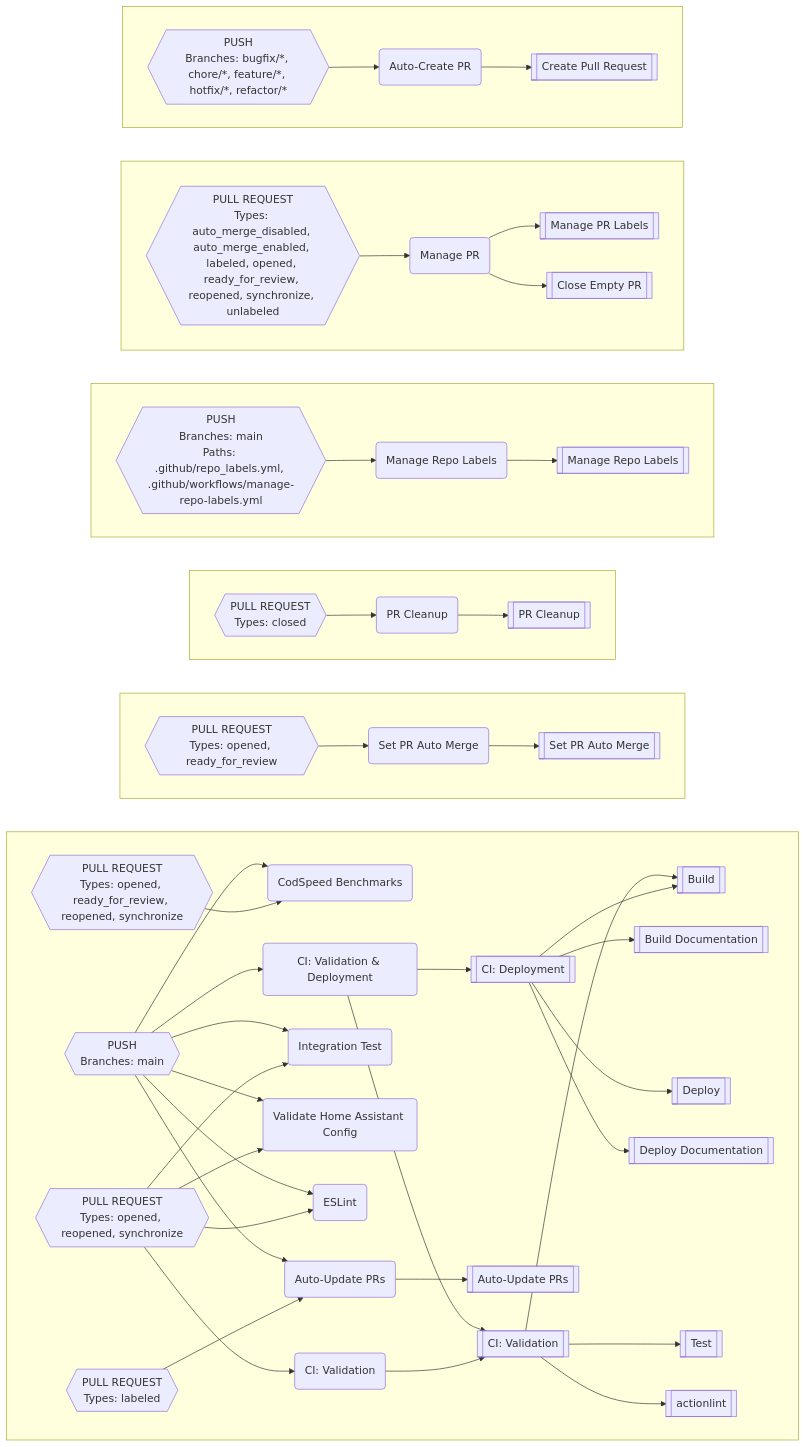
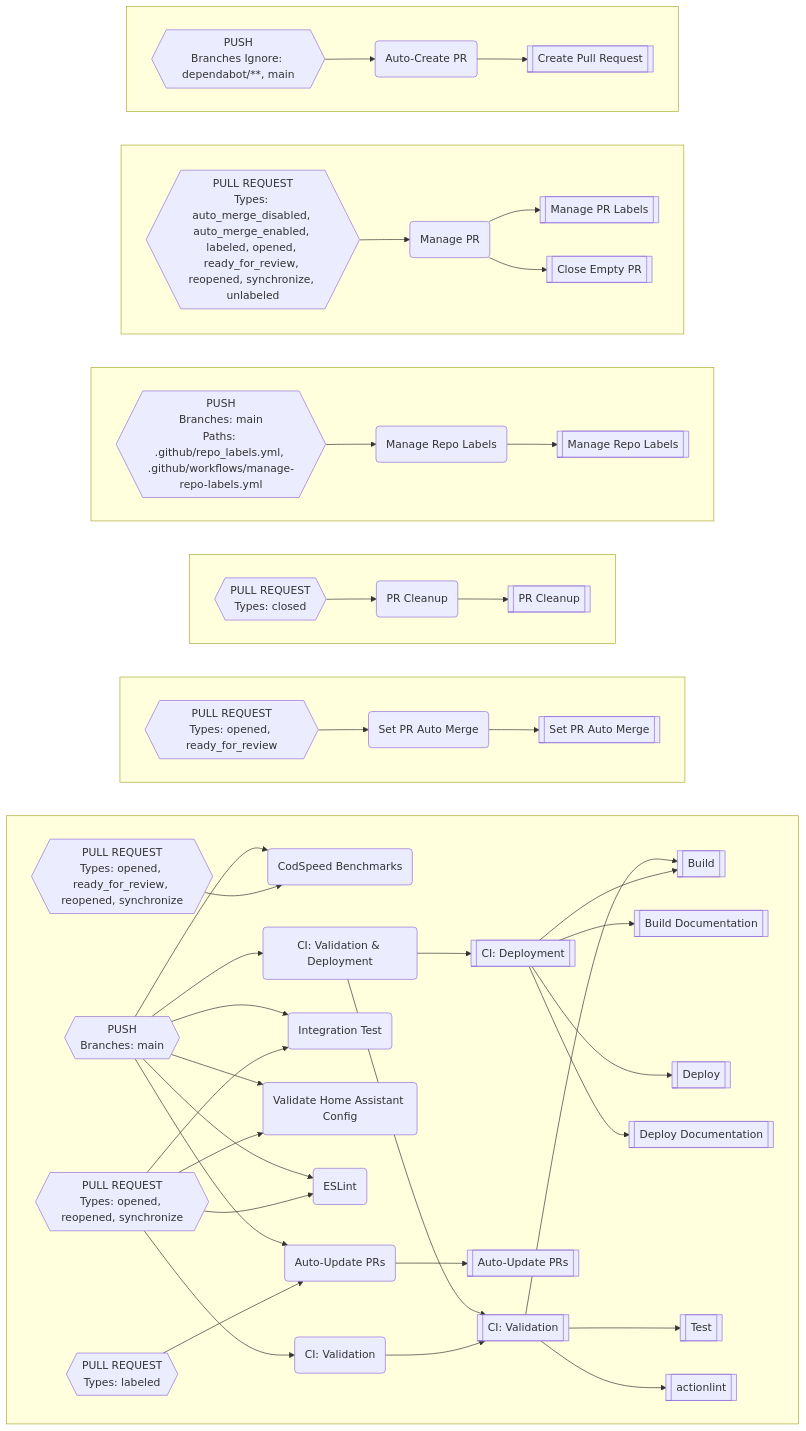
Before and after one commit to worgarside/github-config-files: the diagram in README.md, drawn with Mermaid. The commit also changed 4 other files, not shown here.

````diff
--- a/README.md
+++ b/README.md
@@ -375,106 +375,106 @@
 ```mermaid
 flowchart LR
-subgraph DZ[" "]
+subgraph DY[" "]
 direction LR
-DV-->DU
-DQ-->V
-DS-->DQ
-DS-->DH
-DS-->DB
-DS-->CX
-CN-->CM
-CM-->BA
-DN-->DU
-DN-->DM
-DN-->DH
-DN-->DB
-DN-->CX
-DN-->CM
-DM-->V
-DM-->M
+DU-->DT
+DP-->V
+DR-->DP
+DR-->DG
+DR-->DA
+DR-->CW
+CM-->CL
+CL-->AZ
+DM-->DT
+DM-->DL
+DM-->DG
+DM-->DA
+DM-->CW
+DM-->CL
+DL-->V
+DL-->M
 M-->I
 M-->E
 M-->AN
 M-->AJ
 V-->I
-V-->BT
+V-->BS
 V-->A
+end
+subgraph DZ[" "]
+direction LR
+CT-->CS
+CS-->BP
 end
 subgraph EA[" "]
 direction LR
-CU-->CT
-CT-->BQ
+CQ-->CP
+CP-->BC
 end
 subgraph EB[" "]
 direction LR
-CR-->CQ
-CQ-->BD
+CI-->CH
+CH-->AW
 end
 subgraph EC[" "]
 direction LR
-CJ-->CI
-CI-->AX
+CD-->CC
+CC-->AT
+CC-->AB
 end
 subgraph ED[" "]
 direction LR
-CE-->CD
-CD-->AT
-CD-->AB
-end
-subgraph EE[" "]
-direction LR
-CA-->BZ
-BZ-->AF
+BZ-->BY
+BY-->AF
 end
 AB[["Close Empty PR"]]
 AF[["Create Pull Request"]]
 AJ[["Deploy Documentation"]]
 AN[["Deploy"]]
 AT[["Manage PR Labels"]]
-AX[["Manage Repo Labels"]]
+AW[["Manage Repo Labels"]]
+AZ[["Auto-Update PRs"]]
 A[["actionlint"]]
-BA[["Auto-Update PRs"]]
-BD[["PR Cleanup"]]
-BQ[["Set PR Auto Merge"]]
-BT[["Test"]]
-BZ("Auto-Create PR")
-CA{{"PUSH
-Branches: bugfix/*, chore/*, feature/*, hotfix/*, refactor/*
+BC[["PR Cleanup"]]
+BP[["Set PR Auto Merge"]]
+BS[["Test"]]
+BY("Auto-Create PR")
+BZ{{"PUSH
+Branches Ignore: dependabot/**, main
 "}}
-CD("Manage PR")
-CE{{"PULL REQUEST
+CC("Manage PR")
+CD{{"PULL REQUEST
 Types: auto_merge_disabled, auto_merge_enabled, labeled, opened, ready_for_review, reopened, synchronize, unlabeled
 "}}
-CI("Manage Repo Labels")
-CJ{{"PUSH
+CH("Manage Repo Labels")
+CI{{"PUSH
 Branches: main
 Paths: .github/repo_labels.yml, .github/workflows/manage-repo-labels.yml
 "}}
-CM("Auto-Update PRs")
-CN{{"PULL REQUEST
+CL("Auto-Update PRs")
+CM{{"PULL REQUEST
 Types: labeled
 "}}
-CQ("PR Cleanup")
-CR{{"PULL REQUEST
+CP("PR Cleanup")
+CQ{{"PULL REQUEST
 Types: closed
 "}}
-CT("Set PR Auto Merge")
-CU{{"PULL REQUEST
+CS("Set PR Auto Merge")
+CT{{"PULL REQUEST
 Types: opened, ready_for_review
 "}}
-CX("ESLint")
-DB("Validate Home Assistant Config")
-DH("Integration Test")
-DM("CI: Validation & Deployment")
-DN{{"PUSH
+CW("ESLint")
+DA("Validate Home Assistant Config")
+DG("Integration Test")
+DL("CI: Validation & Deployment")
+DM{{"PUSH
 Branches: main
 "}}
-DQ("CI: Validation")
-DS{{"PULL REQUEST
+DP("CI: Validation")
+DR{{"PULL REQUEST
 Types: opened, reopened, synchronize
 "}}
-DU("CodSpeed Benchmarks")
-DV{{"PULL REQUEST
+DT("CodSpeed Benchmarks")
+DU{{"PULL REQUEST
 Types: opened, ready_for_review, reopened, synchronize
 "}}
 E[["Build Documentation"]]
````
